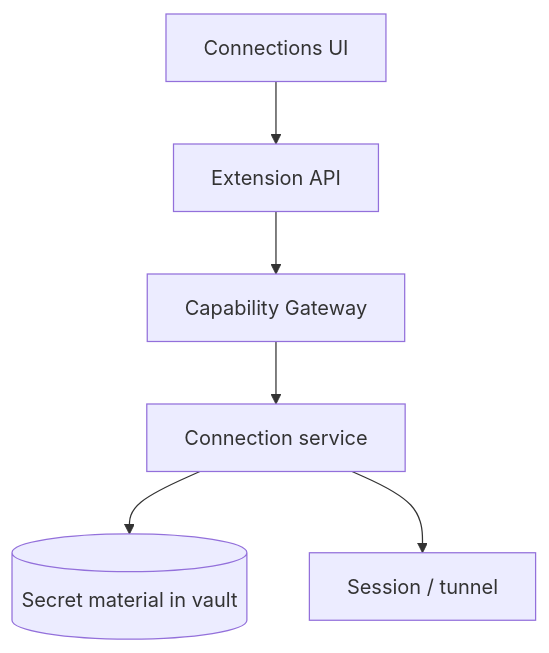
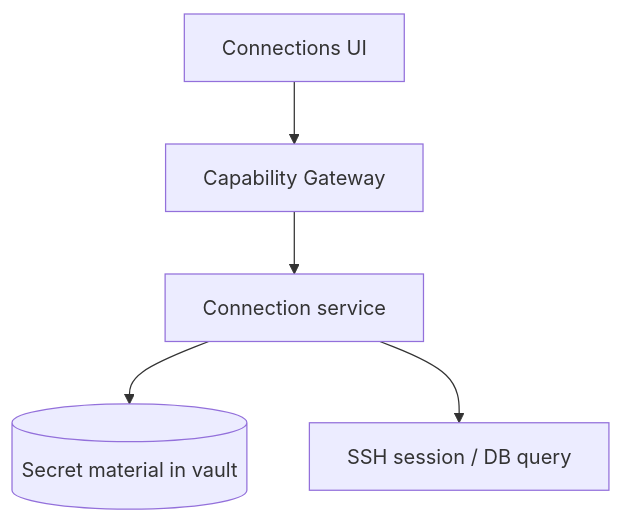
The diagram in content/projects/dev-kit/connections.mdx (syurodev/base), drawn with Mermaid before and after one commit. The commit also changed other lines of this file and 9 other files, not shown here.

Commit message:
docs: align DevKit knowledge pages with architecture scope

````diff
--- a/content/projects/dev-kit/connections.mdx
+++ b/content/projects/dev-kit/connections.mdx
@@ -10,8 +10,7 @@
 ```mermaid
 flowchart TD
-  UI[Connections UI] --> API[Extension API]
-  API --> GW[Capability Gateway]
+  UI[Connections UI] --> GW[Capability Gateway]
   GW --> CONN[Connection service]
   CONN --> VAULT[(Secret material in vault)]
-  CONN --> SESS[Session / tunnel]
+  CONN --> SESS[SSH session / DB query]
 ```
````
